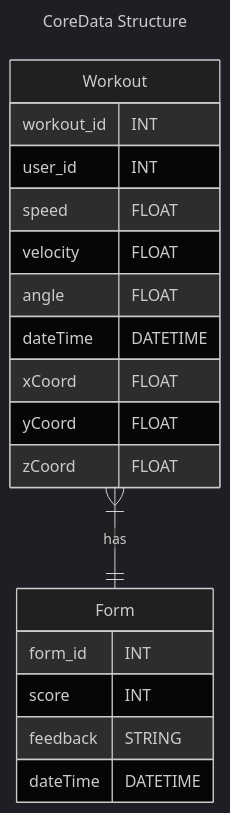
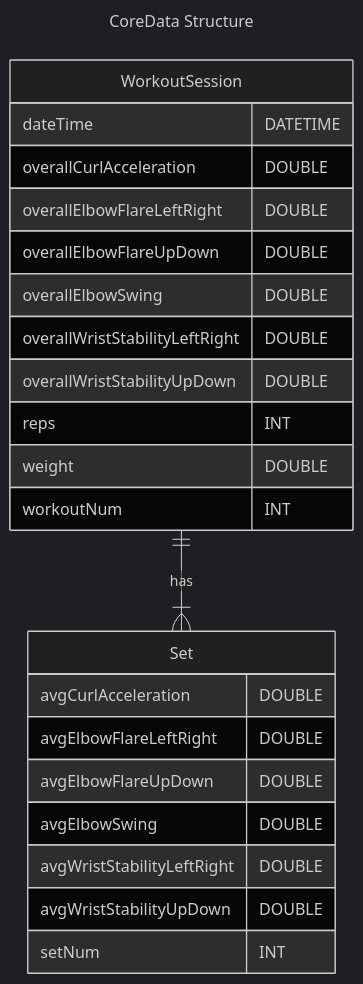
Before and after one commit to Capstone-Projects-2024-Spring/project-smartweights: the second of 2 diagrams in documentation/docs/system-architecture/database-diagrams.md, drawn with Mermaid (dark theme). The commit also changed other lines of this file and 7 other files, not shown here.

````diff
--- a/documentation/docs/system-architecture/database-diagrams.md
+++ b/documentation/docs/system-architecture/database-diagrams.md
@@ -119,29 +119,34 @@
 ```mermaid
 ---
 title: CoreData Structure
 ---
 
 erDiagram
-    Workout {
-        workout_id INT
-        user_id INT
-        speed FLOAT
-        velocity FLOAT
-        angle FLOAT
+    Set {
+       avgCurlAcceleration DOUBLE
+        avgElbowFlareLeftRight DOUBLE
+        avgElbowFlareUpDown DOUBLE
+        avgElbowSwing DOUBLE
+        avgWristStabilityLeftRight DOUBLE
+        avgWristStabilityUpDown DOUBLE 
+        setNum INT
+    }
+    WorkoutSession {
+        
         dateTime DATETIME
-        xCoord FLOAT
-        yCoord FLOAT
-        zCoord FLOAT
-    }
-    Form {
-        form_id INT
-        score INT
-        feedback STRING
-        dateTime DATETIME
+        overallCurlAcceleration DOUBLE 
+        overallElbowFlareLeftRight DOUBLE
+        overallElbowFlareUpDown DOUBLE
+        overallElbowSwing DOUBLE
+        overallWristStabilityLeftRight DOUBLE
+        overallWristStabilityUpDown DOUBLE
+        reps INT
+        weight DOUBLE
+        workoutNum INT 
     }
 
-    Workout }|--|| Form : has
+    WorkoutSession ||--|{ Set : has
 
 
 
 ```
````
